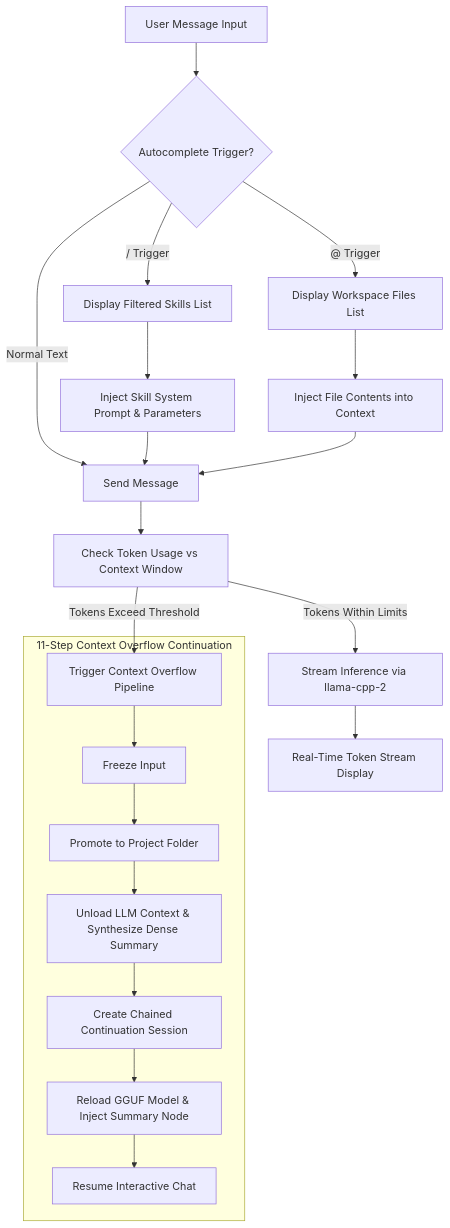
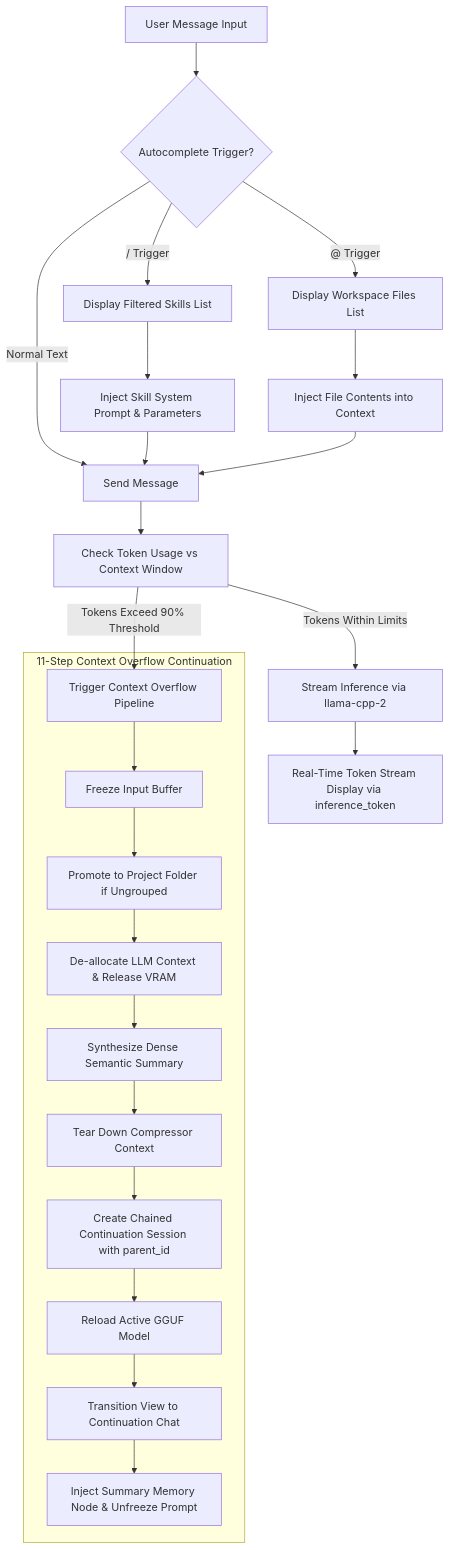
The fifth of 11 diagrams in PRD.md (zishan049/Composer), drawn with Mermaid before and after one commit. The commit also changed other lines of this file and 25 other files, not shown here.

````diff
--- a/PRD.md
+++ b/PRD.md
@@ -237,27 +254,30 @@
 ```mermaid
 flowchart TD
     A[User Message Input] --> B{Autocomplete Trigger?}
     B -- "/" Trigger --> C[Display Filtered Skills List]
     B -- "@" Trigger --> D[Display Workspace Files List]
     B -- Normal Text --> E[Send Message]
     
     C --> F[Inject Skill System Prompt & Parameters]
     D --> G[Inject File Contents into Context]
     F --> E
     G --> E
 
     E --> H[Check Token Usage vs Context Window]
-    H -- Tokens Exceed Threshold --> I[Trigger Context Overflow Pipeline]
+    H -- Tokens Exceed 90% Threshold --> I[Trigger Context Overflow Pipeline]
     H -- Tokens Within Limits --> J[Stream Inference via llama-cpp-2]
 
     subgraph OverflowPipeline ["11-Step Context Overflow Continuation"]
-        I --> K1[Freeze Input]
-        K1 --> K2[Promote to Project Folder]
-        K2 --> K3[Unload LLM Context & Synthesize Dense Summary]
-        K3 --> K4[Create Chained Continuation Session]
-        K4 --> K5[Reload GGUF Model & Inject Summary Node]
-        K5 --> K6[Resume Interactive Chat]
+        I --> K1[Freeze Input Buffer]
+        K1 --> K2[Promote to Project Folder if Ungrouped]
+        K2 --> K3[De-allocate LLM Context & Release VRAM]
+        K3 --> K4[Synthesize Dense Semantic Summary]
+        K4 --> K5[Tear Down Compressor Context]
+        K5 --> K6[Create Chained Continuation Session with parent_id]
+        K6 --> K7[Reload Active GGUF Model]
+        K7 --> K8[Transition View to Continuation Chat]
+        K8 --> K9[Inject Summary Memory Node & Unfreeze Prompt]
     end
 
-    J --> L[Real-Time Token Stream Display]
+    J --> L[Real-Time Token Stream Display via inference_token]
 ```
````
